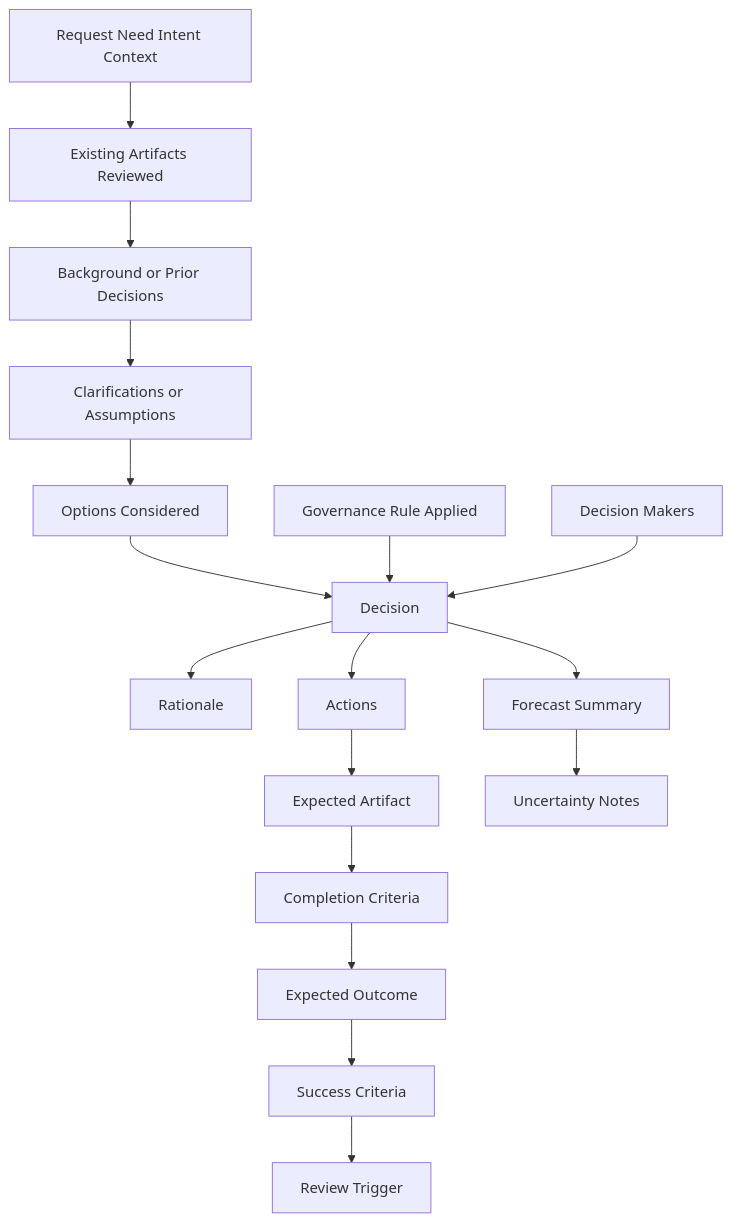
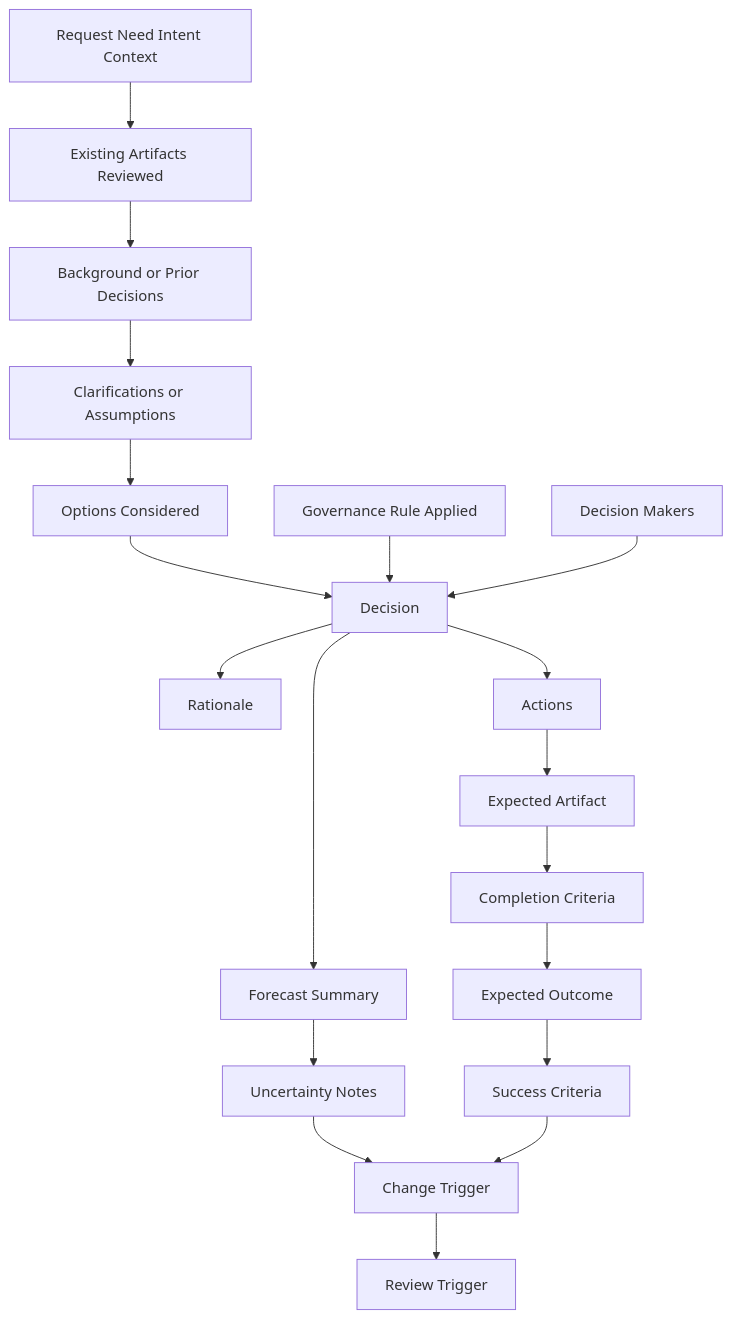
One commit to popcoondev/ai-organization-framework changed the third of 4 diagrams in README.md. Above: the diagram before and after it, drawn with Mermaid. The commit also changed other lines of this file and 6 other files, not shown here.

````diff
--- a/README.md
+++ b/README.md
@@ -412,34 +422,37 @@
 ```mermaid
 flowchart TD
     input[Request Need Intent Context]
     reviewed[Existing Artifacts Reviewed]
     history[Background or Prior Decisions]
     clarify[Clarifications or Assumptions]
     options[Options Considered]
     gov[Governance Rule Applied]
     deciders[Decision Makers]
     decision[Decision]
     rationale[Rationale]
     actions[Actions]
     artifact[Expected Artifact]
     outcome[Expected Outcome]
     done[Completion Criteria]
     success[Success Criteria]
     forecast[Forecast Summary]
     uncertain[Uncertainty Notes]
+    trigger[Change Trigger]
     review[Review Trigger]
 
     input --> reviewed --> history --> clarify --> options
     options --> decision
     gov --> decision
     deciders --> decision
     decision --> rationale
     decision --> forecast
     forecast --> uncertain
+    uncertain --> trigger
     decision --> actions
     actions --> artifact
     artifact --> done
     done --> outcome
     outcome --> success
-    success --> review
+    success --> trigger
+    trigger --> review
 ```
````
